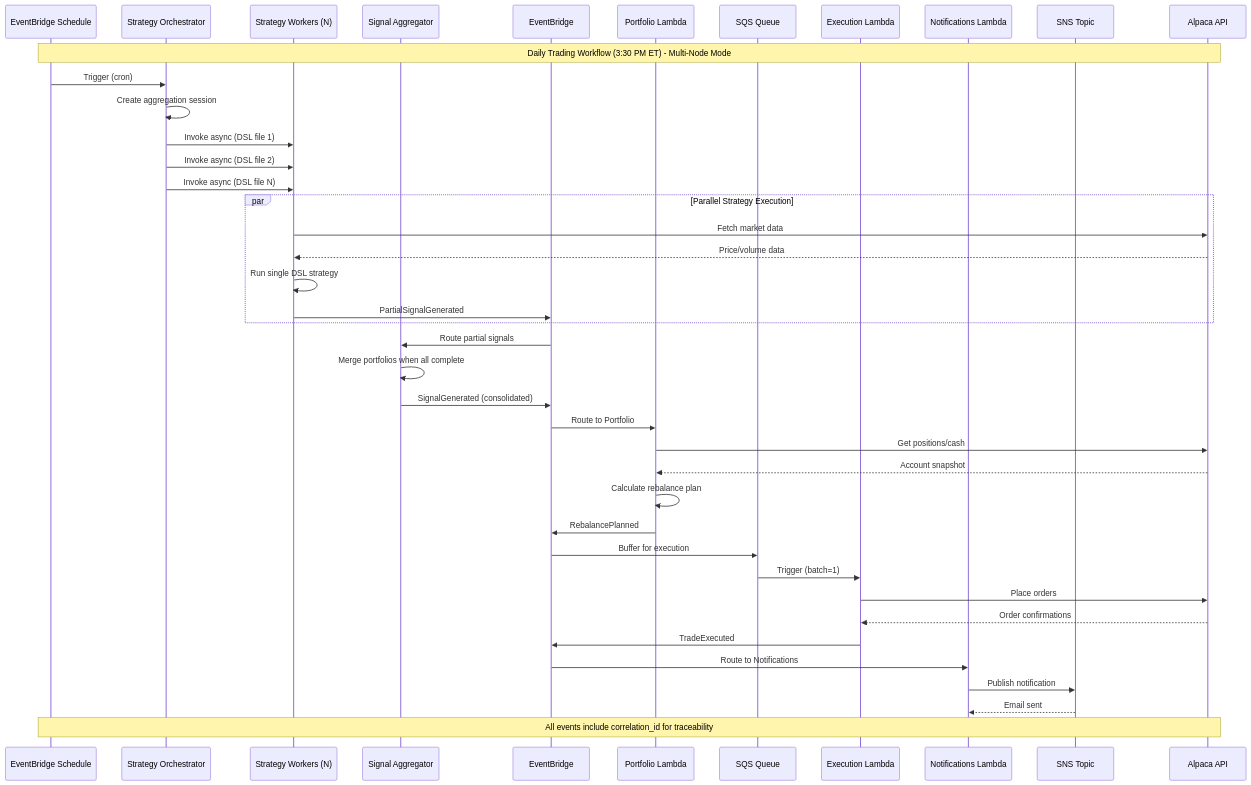
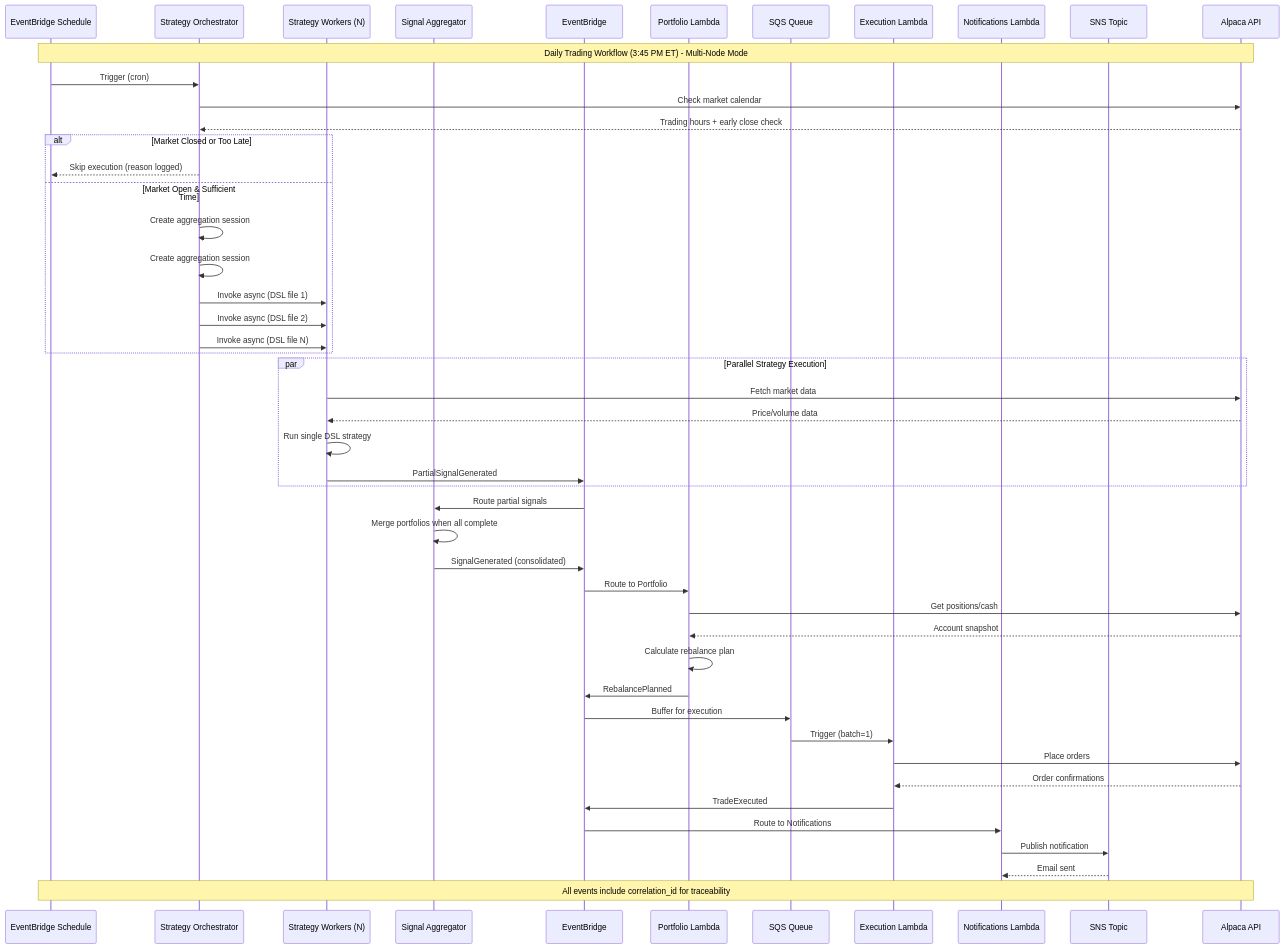
One commit to Josh-moreton/alchemiser-quant changed the second of 2 diagrams in README.md. Above: the diagram before and after it, drawn with Mermaid. The commit also changed other lines of this file and 2 other files, not shown here.

Commit message:
Add unit tests and update documentation for market calendar feature

````diff
--- a/README.md
+++ b/README.md
@@ -131,51 +132,58 @@
 ```mermaid
 sequenceDiagram
     participant Sched as EventBridge Schedule
     participant SO as Strategy Orchestrator
     participant SW as Strategy Workers (N)
     participant SA as Signal Aggregator
     participant EB as EventBridge
     participant P as Portfolio Lambda
     participant SQS as SQS Queue
     participant E as Execution Lambda
     participant N as Notifications Lambda
     participant SNS as SNS Topic
     participant A as Alpaca API
 
-    Note over Sched,A: Daily Trading Workflow (3:30 PM ET) - Multi-Node Mode
+    Note over Sched,A: Daily Trading Workflow (3:45 PM ET) - Multi-Node Mode
 
     Sched->>SO: Trigger (cron)
-    SO->>SO: Create aggregation session
-    SO->>SW: Invoke async (DSL file 1)
-    SO->>SW: Invoke async (DSL file 2)
-    SO->>SW: Invoke async (DSL file N)
+    SO->>A: Check market calendar
+    A-->>SO: Trading hours + early close check
+    alt Market Closed or Too Late
+        SO-->>Sched: Skip execution (reason logged)
+    else Market Open & Sufficient Time
+        SO->>SO: Create aggregation session
+        SO->>SO: Create aggregation session
+        SO->>SW: Invoke async (DSL file 1)
+        SO->>SW: Invoke async (DSL file 2)
+        SO->>SW: Invoke async (DSL file N)
+    end
     
     par Parallel Strategy Execution
         SW->>A: Fetch market data
         A-->>SW: Price/volume data
         SW->>SW: Run single DSL strategy
         SW->>EB: PartialSignalGenerated
     end
 
     EB->>SA: Route partial signals
     SA->>SA: Merge portfolios when all complete
     SA->>EB: SignalGenerated (consolidated)
 
     EB->>P: Route to Portfolio
     P->>A: Get positions/cash
     A-->>P: Account snapshot
     P->>P: Calculate rebalance plan
     P->>EB: RebalancePlanned
 
     EB->>SQS: Buffer for execution
     SQS->>E: Trigger (batch=1)
     E->>A: Place orders
     A-->>E: Order confirmations
     E->>EB: TradeExecuted
 
     EB->>N: Route to Notifications
     N->>SNS: Publish notification
     SNS-->>N: Email sent
 
     Note over Sched,A: All events include correlation_id for traceability
 ```
````
